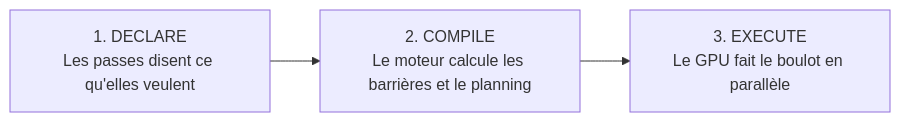
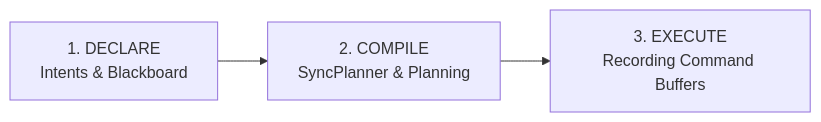
One commit to doomtr666/devlog changed the diagram in content/fr/posts/i3-frame-graph.md. Above: the diagram before and after it, drawn with Mermaid. The commit also changed other lines of this file and 3 other files, not shown here.

````diff
--- a/content/fr/posts/i3-frame-graph.md
+++ b/content/fr/posts/i3-frame-graph.md
@@ -21,5 +98,5 @@
 ```mermaid
 graph LR
-    D[1. DECLARE<br/>Les passes disent ce qu'elles veulent] --> C[2. COMPILE<br/>Le moteur calcule les barrières et le planning]
-    C --> E[3. EXECUTE<br/>Le GPU fait le boulot en parallèle]
+    D[1. DECLARE<br/>Intents & Blackboard] --> C[2. COMPILE<br/>SyncPlanner & Planning]
+    C --> E[3. EXECUTE<br/>Recording Command Buffers]
 ```
````
